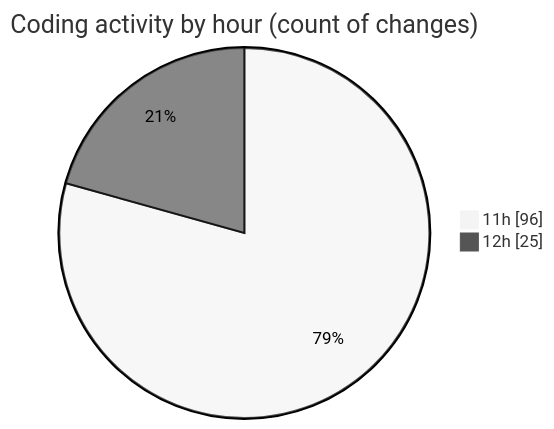
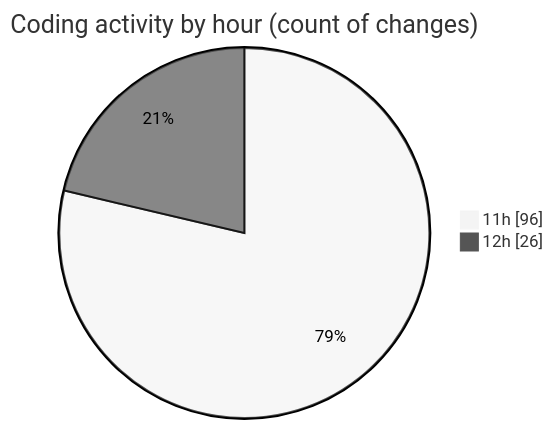
Before and after one commit to nxtqubesakshisongat/code-tracking: the second of 2 diagrams in 2026-03-16/nxtqube_webapp/README.md, drawn with Mermaid (neutral theme). The commit also changed other lines of this file and 1 other file, not shown here.

````diff
--- a/2026-03-16/nxtqube_webapp/README.md
+++ b/2026-03-16/nxtqube_webapp/README.md
@@ -67,6 +67,6 @@
 ```mermaid
 pie showData
 title Coding activity by hour (count of changes)
 "11h" : 96
-"12h" : 25
+"12h" : 26
 ```
````
